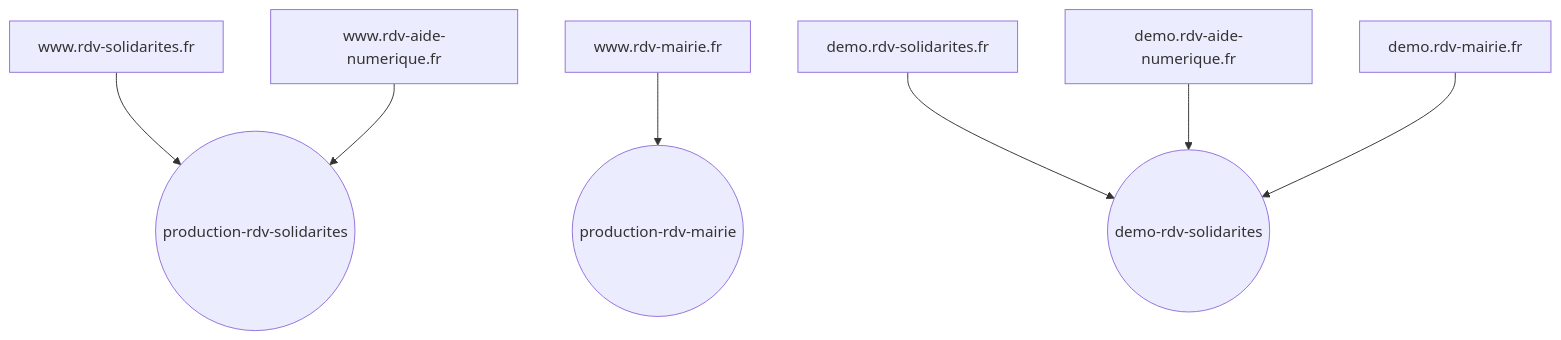
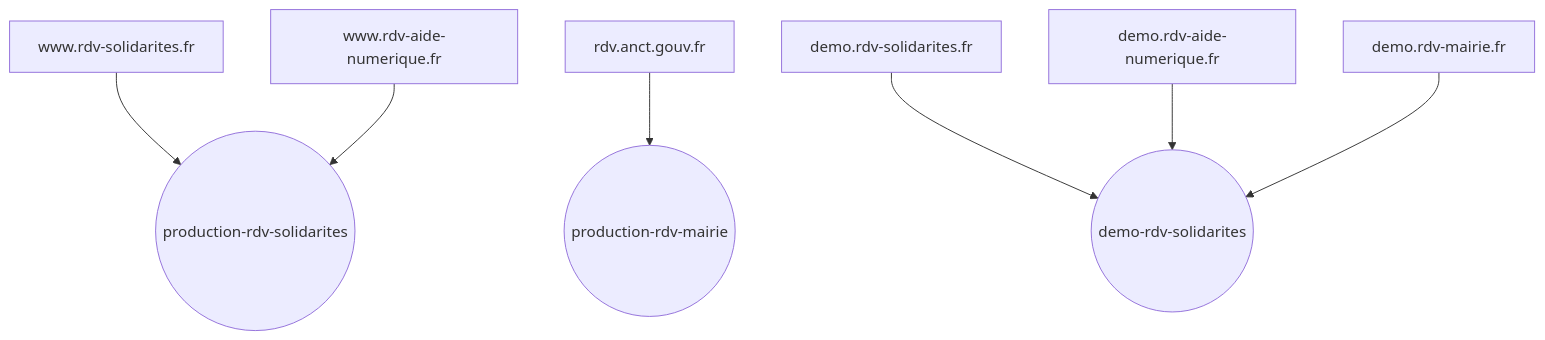
The first of 4 diagrams in docs/architecture-technique.md (betagouv/rdv-service-public), drawn with Mermaid before and after one commit. The commit also changed other lines of this file and 1 other file, not shown here.

````diff
--- a/docs/architecture-technique.md
+++ b/docs/architecture-technique.md
@@ -130,25 +130,25 @@
 ```mermaid
 flowchart TD
     %% Domaines de prod
     www.rdv-solidarites.fr
     www.rdv-aide-numerique.fr
-    www.rdv-mairie.fr
+    rdv.anct.gouv.fr
 
     %% Domaines de demo
     demo.rdv-solidarites.fr
     demo.rdv-aide-numerique.fr
     demo.rdv-mairie.fr
 
     %% Apps Scalingo
     production-rdv-solidarites((production-rdv-solidarites))
     production-rdv-mairie((production-rdv-mairie))
     demo-rdv-solidarites((demo-rdv-solidarites))
 
     %% Relations domaine -> app
     www.rdv-solidarites.fr --> production-rdv-solidarites
     www.rdv-aide-numerique.fr --> production-rdv-solidarites
-    www.rdv-mairie.fr --> production-rdv-mairie
+    rdv.anct.gouv.fr --> production-rdv-mairie
     demo.rdv-solidarites.fr --> demo-rdv-solidarites
     demo.rdv-aide-numerique.fr --> demo-rdv-solidarites
     demo.rdv-mairie.fr --> demo-rdv-solidarites
 ```
````
